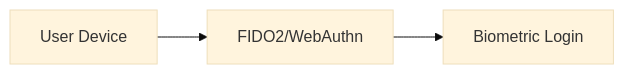
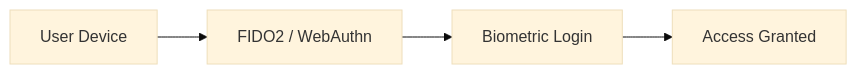
Before and after one commit to Devopstrio/identity-landingzone: diagram 12 of 30 in README.md, drawn with Mermaid (base theme). The commit also changed other lines of this file, not shown here.

Commit message:
docs: finalize premium institutional-grade README with 30+ diagrams and executive summary

````diff
--- a/README.md
+++ b/README.md
@@ -110,5 +215,6 @@
 ```mermaid
 graph LR
-    User[User Device] --> WebAuthn[FIDO2/WebAuthn]
-    WebAuthn --> Login[Biometric Login]
+    User[User Device] --> FIDO[FIDO2 / WebAuthn]
+    FIDO --> Login[Biometric Login]
+    Login --> App[Access Granted]
 ```
````
